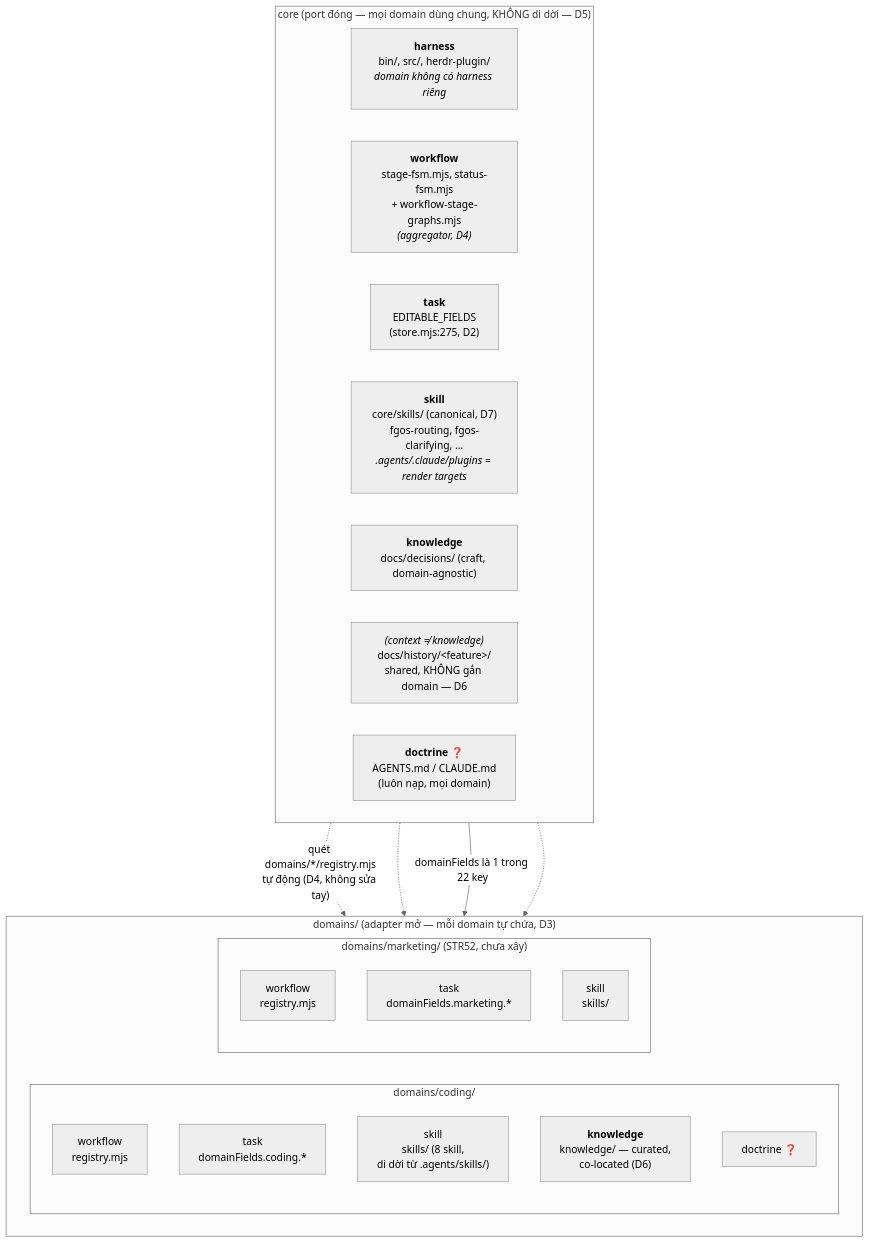
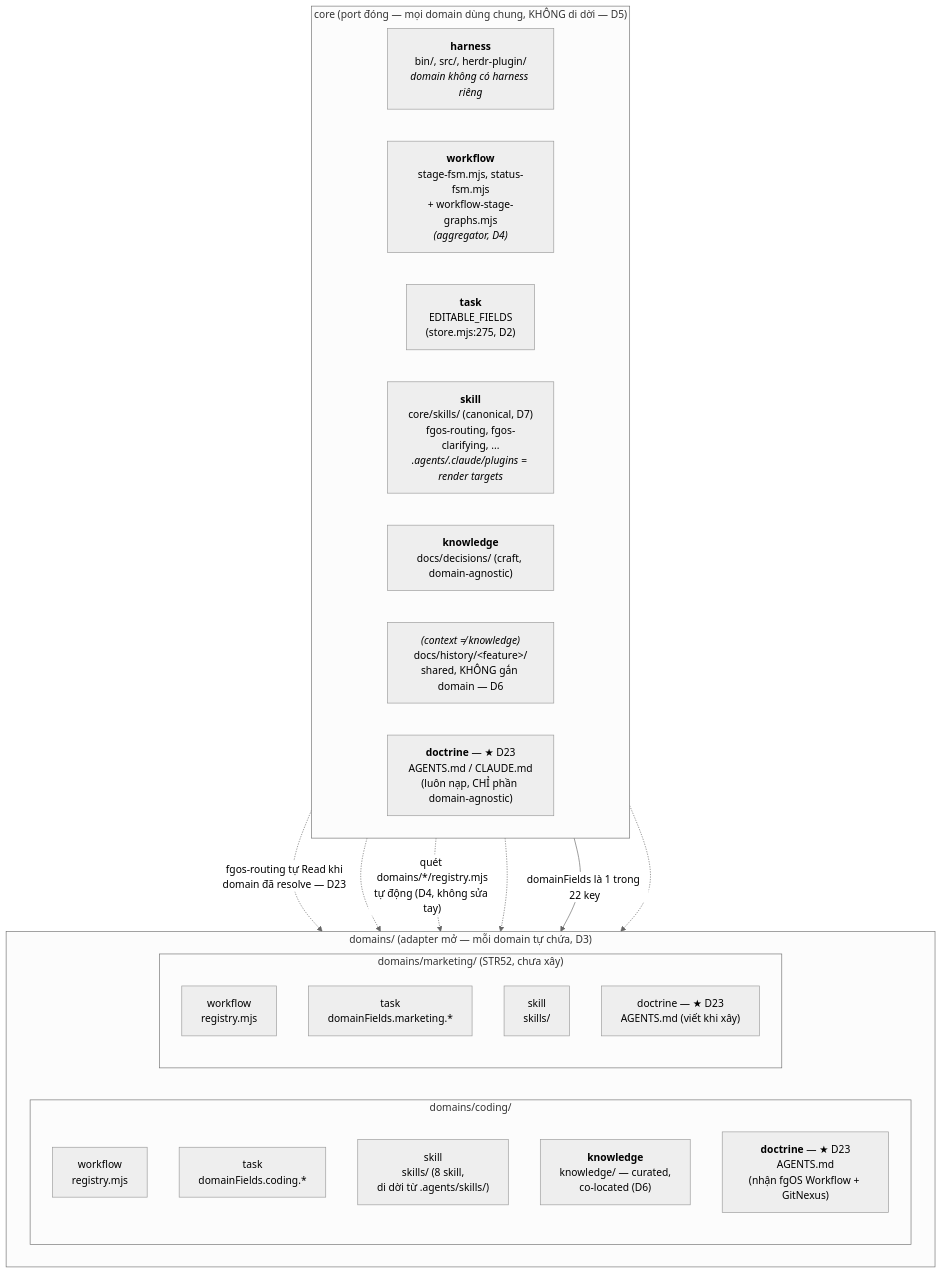
The first of 3 diagrams in docs/history/core-foundation-domain-boundary/DISCUSSION.md (vantt/forgent), drawn with Mermaid (neutral theme) before and after one commit. The commit also changed other lines of this file, not shown here.

Commit message:
docs(tsk-397): lock D23 -- doctrine domain-scoped lives at domains/<name>/AGENTS.md, routing-triggered Read (not static @import); add task-doctrine-domain-split, 5/6 concerns now closed

````diff
--- a/docs/history/core-foundation-domain-boundary/DISCUSSION.md
+++ b/docs/history/core-foundation-domain-boundary/DISCUSSION.md
@@ -661,36 +697,40 @@
 ```mermaid
 flowchart TB
     subgraph CORE["core (port đóng — mọi domain dùng chung, KHÔNG di dời — D5)"]
         direction LR
         harness_core["<b>harness</b><br/>bin/, src/, herdr-plugin/<br/><i>domain không có harness riêng</i>"]
         workflow_core["<b>workflow</b><br/>stage-fsm.mjs, status-fsm.mjs<br/>+ workflow-stage-graphs.mjs<br/><i>(aggregator, D4)</i>"]
         task_core["<b>task</b><br/>EDITABLE_FIELDS<br/>(store.mjs:275, D2)"]
         skill_core["<b>skill</b><br/>core/skills/ (canonical, D7)<br/>fgos-routing, fgos-clarifying, ...<br/><i>.agents/.claude/plugins = render targets</i>"]
         knowledge_core["<b>knowledge</b><br/>docs/decisions/ (craft, domain-agnostic)"]
         context_core["<i>(context ≠ knowledge)</i><br/>docs/history/&lt;feature&gt;/<br/>shared, KHÔNG gắn domain — D6"]
-        doctrine_core["<b>doctrine</b> ❓<br/>AGENTS.md / CLAUDE.md<br/>(luôn nạp, mọi domain)"]
+        doctrine_core["<b>doctrine</b> — ★ D23<br/>AGENTS.md / CLAUDE.md<br/>(luôn nạp, CHỈ phần domain-agnostic)"]
     end
 
     subgraph DOMAINS["domains/ (adapter mở — mỗi domain tự chứa, D3)"]
         direction LR
         subgraph CODING["domains/coding/"]
             direction TB
             wf_c["workflow<br/>registry.mjs"]
             tk_c["task<br/>domainFields.coding.*"]
             sk_c["skill<br/>skills/ (8 skill,<br/>di dời từ .agents/skills/)"]
             kn_c["<b>knowledge</b><br/>knowledge/ — curated,<br/>co-located (D6)"]
-            dc_c["doctrine ❓"]
+            dc_c["<b>doctrine</b> — ★ D23<br/>AGENTS.md<br/>(nhận fgOS Workflow + GitNexus)"]
         end
         subgraph MARKETING["domains/marketing/ (STR52, chưa xây)"]
             direction TB
             wf_m["workflow<br/>registry.mjs"]
             tk_m["task<br/>domainFields.marketing.*"]
             sk_m["skill<br/>skills/"]
+            dc_m["doctrine — ★ D23<br/>AGENTS.md (viết khi xây)"]
         end
     end
+
+    doctrine_core -. "fgos-routing tự Read khi<br/>domain đã resolve — D23" .-> dc_c
+    doctrine_core -.-> dc_m
 
     workflow_core -. "quét domains/*/registry.mjs<br/>tự động (D4, không sửa tay)" .-> wf_c
     workflow_core -.-> wf_m
     task_core -- "domainFields là 1 trong 22 key" --> tk_c
     task_core -.-> tk_m
 ```
````
